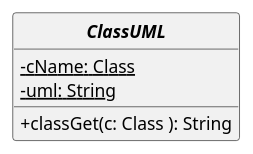
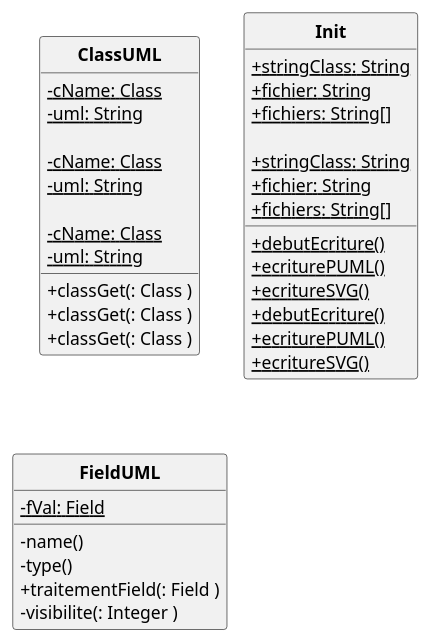
One commit to D3B1RUM4N/SAE_P21 changed the diagram in semaine4/uml/classUML.puml. Above: the diagram before and after it, drawn with PlantUML. The commit also changed 19 other files, not shown here.

```diff
--- a/semaine4/uml/classUML.puml
+++ b/semaine4/uml/classUML.puml
@@ -1,18 +1,60 @@
 @startuml
 
 'UML GENER PAR CODE :)
 
 skinparam style strictuml
 skinparam classAttributeIconSize 0
 skinparam classFontStyle Bold
 hide empty members
 
-interface ClassUML{
+
+
+class ClassUML{
 -{static}cName: Class
 -{static}uml: String
-+classGet(c: Class ): String
++classGet(: Class )
+
+}
 
 
+class ClassUML{
+-{static}cName: Class
+-{static}uml: String
++classGet(: Class )
+
 }
-'fin du code generé automatiquement
+class Init{
++{static}stringClass: String
++{static}fichier: String
++{static}fichiers: String[]
++{static}debutEcriture()
++{static}ecriturePUML()
++{static}ecritureSVG()
+
+}
+
+
+class ClassUML{
+-{static}cName: Class
+-{static}uml: String
++classGet(: Class )
+
+}
+class Init{
++{static}stringClass: String
++{static}fichier: String
++{static}fichiers: String[]
++{static}debutEcriture()
++{static}ecriturePUML()
++{static}ecritureSVG()
+
+}
+class FieldUML{
+-{static}fVal: Field
+-name()
+-type()
++traitementField(: Field )
+-visibilite(: Integer )
+
+}
 @enduml
```
